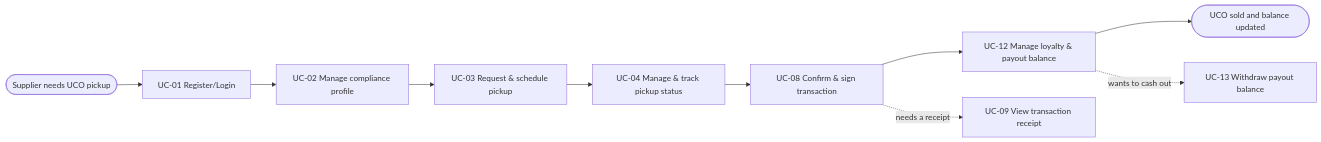
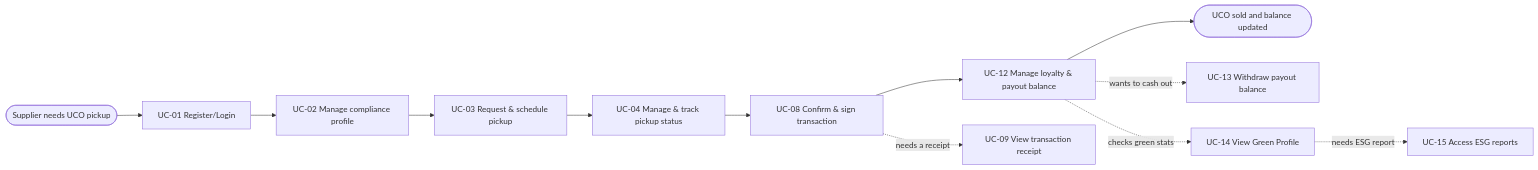
The first of 4 diagrams in docs/external-design/usage-flow.md (thuyvicbh-alt/DBIZ2---GROUP-D), drawn with Mermaid before and after one commit. The commit also changed other lines of this file, not shown here.

````diff
--- a/docs/external-design/usage-flow.md
+++ b/docs/external-design/usage-flow.md
@@ -18,12 +18,14 @@
 ```mermaid
 flowchart LR
   A(["Supplier needs UCO pickup"]) --> U1["UC-01 Register/Login"]
   U1 --> U2["UC-02 Manage compliance profile"]
   U2 --> U3["UC-03 Request & schedule pickup"]
   U3 --> U4["UC-04 Manage & track pickup status"]
   U4 --> U8["UC-08 Confirm & sign transaction"]
   U8 --> U12["UC-12 Manage loyalty & payout balance"]
   U12 --> Z(["UCO sold and balance updated"])
   U12 -.->|"wants to cash out"| U13["UC-13 Withdraw payout balance"]
+  U12 -.->|"checks green stats"| U14["UC-14 View Green Profile"]
+  U14 -.->|"needs ESG report"| U15["UC-15 Access ESG reports"]
   U8 -.->|"needs a receipt"| U9["UC-09 View transaction receipt"]
 ```
````
